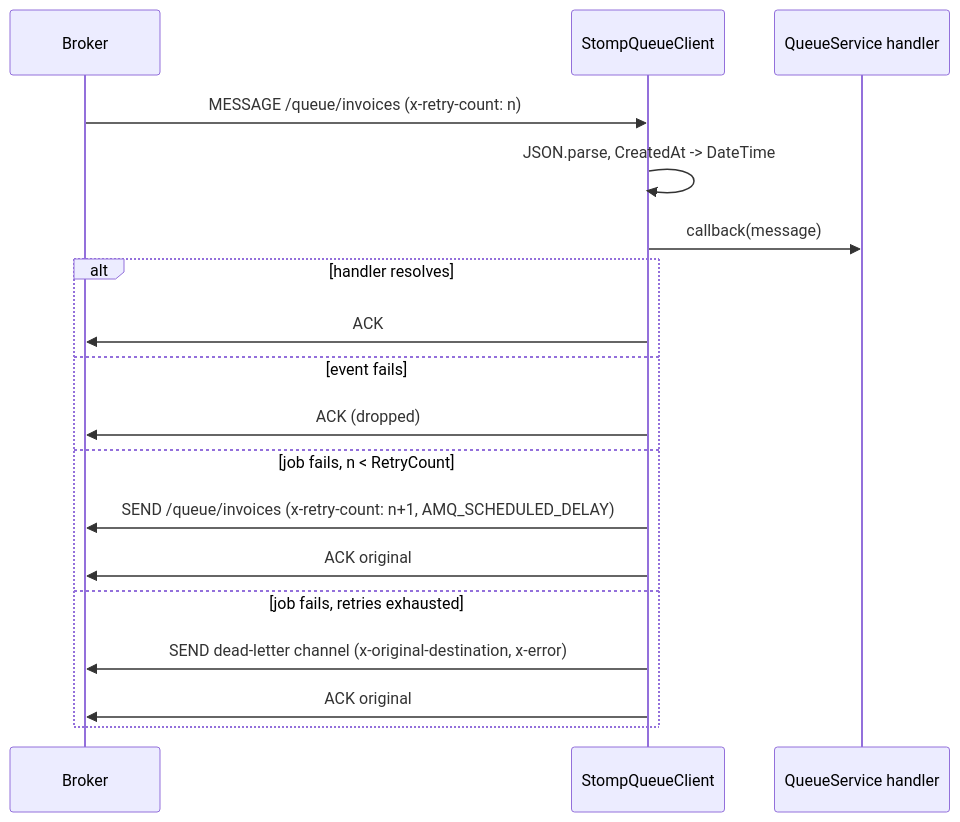
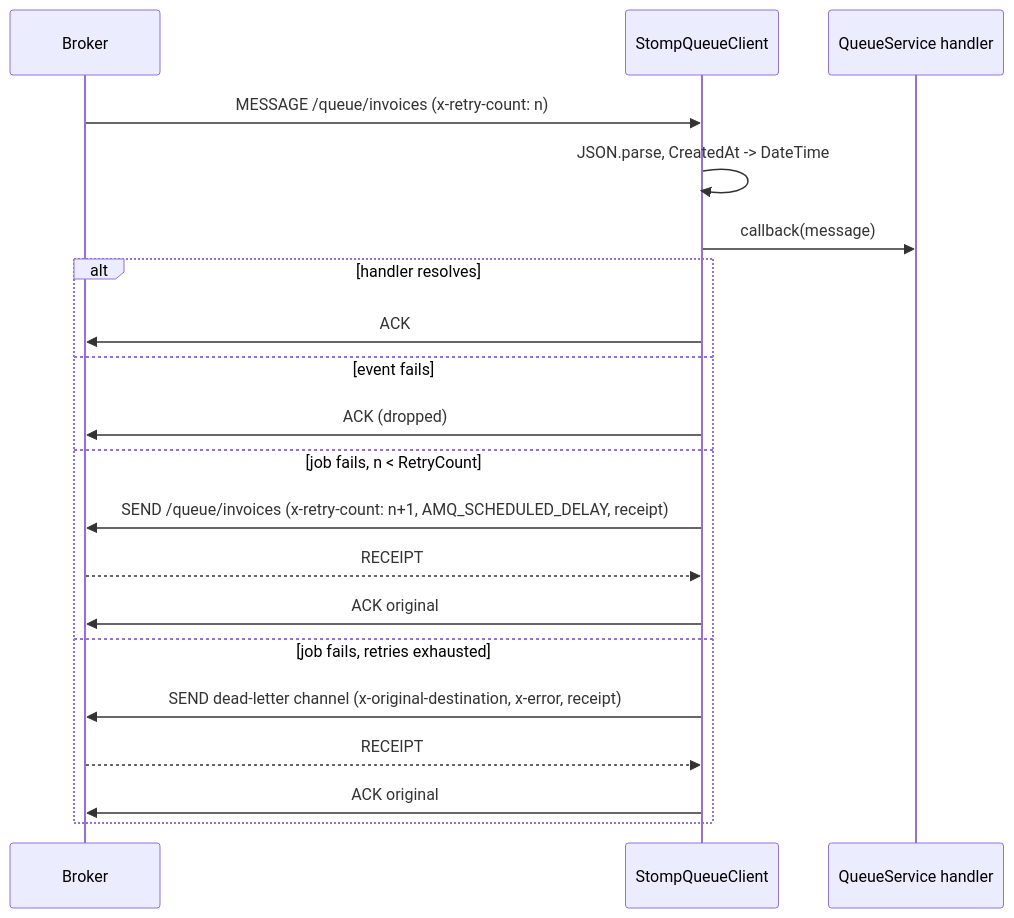
The diagram in docs/queue-stomp-transport/03-consuming-retries-and-dead-letters.md (spinajs/main), drawn with Mermaid before and after one commit. The commit also changed other lines of this file and 7 other files, not shown here.

First line of the commit message:
fix(queue-stomp-transport): share channel subscriptions, confirm retries, settle failed connects

````diff
--- a/docs/queue-stomp-transport/03-consuming-retries-and-dead-letters.md
+++ b/docs/queue-stomp-transport/03-consuming-retries-and-dead-letters.md
@@ -30,20 +31,22 @@
 ```mermaid
 sequenceDiagram
   participant B as Broker
   participant C as StompQueueClient
   participant QS as QueueService handler
   B->>C: MESSAGE /queue/invoices (x-retry-count: n)
   C->>C: JSON.parse, CreatedAt -> DateTime
   C->>QS: callback(message)
   alt handler resolves
     C->>B: ACK
   else event fails
     C->>B: ACK (dropped)
   else job fails, n < RetryCount
-    C->>B: SEND /queue/invoices (x-retry-count: n+1, AMQ_SCHEDULED_DELAY)
+    C->>B: SEND /queue/invoices (x-retry-count: n+1, AMQ_SCHEDULED_DELAY, receipt)
+    B-->>C: RECEIPT
     C->>B: ACK original
   else job fails, retries exhausted
-    C->>B: SEND dead-letter channel (x-original-destination, x-error)
+    C->>B: SEND dead-letter channel (x-original-destination, x-error, receipt)
+    B-->>C: RECEIPT
     C->>B: ACK original
   end
 ```
````
